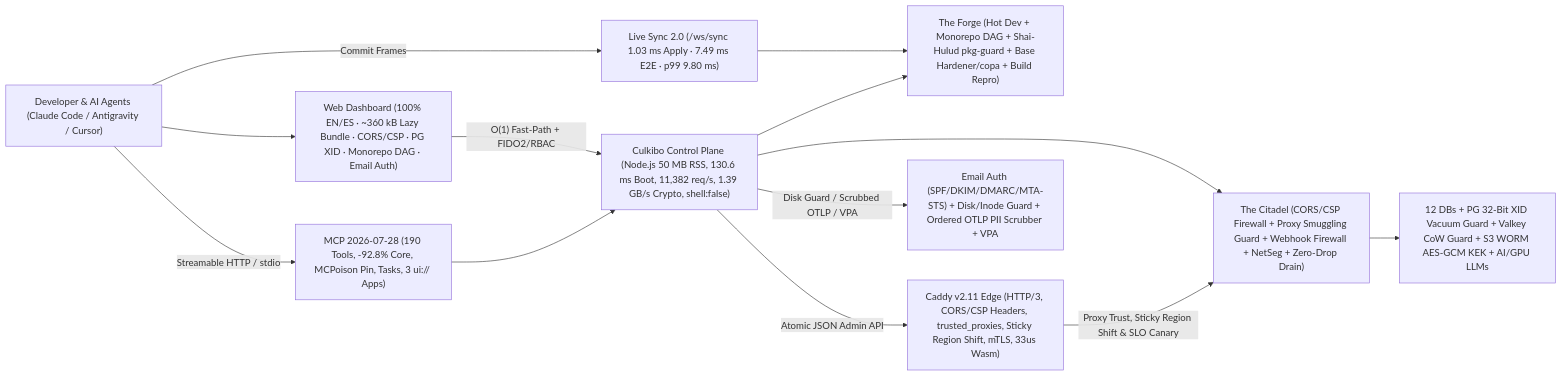
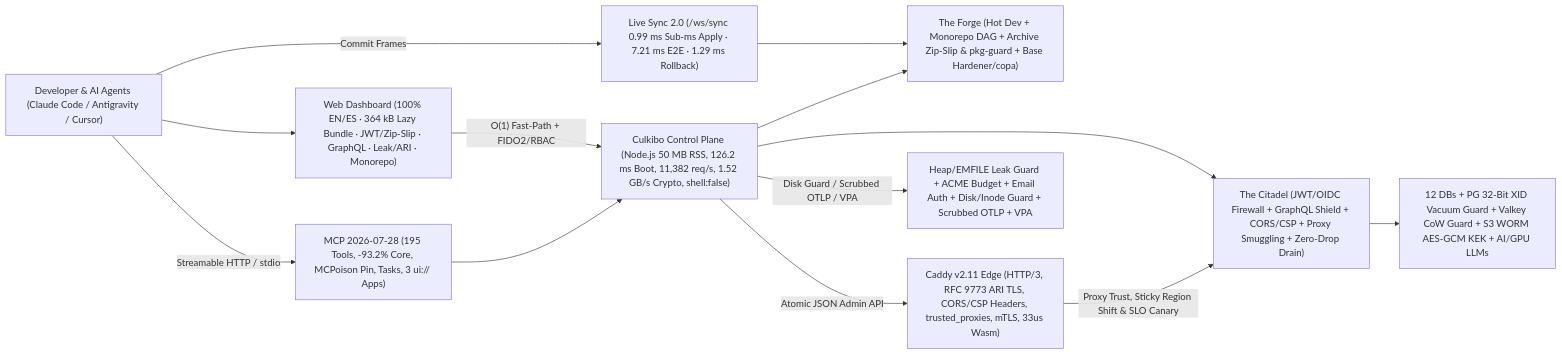
The diagram in README.md (macaqueboy/culkibo), drawn with Mermaid before and after one commit. The commit also changed other lines of this file and 27 other files, not shown here.

Commit message:
feat(cycle-22): 195 MCP Tools (-93.3% Core), 89 Suites, 14.7k writes/s JSON & 50 MB RAM across 136+ services — JWT/OIDC firewall, leak guard, GraphQL shield, ACME ARI/TLS & Zip-Slip guard

````diff
--- a/README.md
+++ b/README.md
@@ -196,26 +198,26 @@
 ```mermaid
 flowchart LR
     Dev["Developer & AI Agents (Claude Code / Antigravity / Cursor)"]
-    UI["Web Dashboard (100% EN/ES · ~360 kB Lazy Bundle · CORS/CSP · PG XID · Monorepo DAG · Email Auth)"]
-    MCP["MCP 2026-07-28 (190 Tools, -92.8% Core, MCPoison Pin, Tasks, 3 ui:// Apps)"]
-    Sync["Live Sync 2.0 (/ws/sync 1.03 ms Apply · 7.49 ms E2E · p99 9.80 ms)"]
-    CP["Culkibo Control Plane (Node.js 50 MB RSS, 130.6 ms Boot, 11,382 req/s, 1.39 GB/s Crypto, shell:false)"]
-    Forge["The Forge (Hot Dev + Monorepo DAG + Shai-Hulud pkg-guard + Base Hardener/copa + Build Repro)"]
-    Citadel["The Citadel (CORS/CSP Firewall + Proxy Smuggling Guard + Webhook Firewall + NetSeg + Zero-Drop Drain)"]
-    Caddy["Caddy v2.11 Edge (HTTP/3, CORS/CSP Headers, trusted_proxies, Sticky Region Shift, mTLS, 33us Wasm)"]
-    Obs["Email Auth (SPF/DKIM/DMARC/MTA-STS) + Disk/Inode Guard + Ordered OTLP PII Scrubber + VPA"]
+    UI["Web Dashboard (100% EN/ES · 364 kB Lazy Bundle · JWT/Zip-Slip · GraphQL · Leak/ARI · Monorepo)"]
+    MCP["MCP 2026-07-28 (195 Tools, -93.2% Core, MCPoison Pin, Tasks, 3 ui:// Apps)"]
+    Sync["Live Sync 2.0 (/ws/sync 0.99 ms Sub-ms Apply · 7.21 ms E2E · 1.29 ms Rollback)"]
+    CP["Culkibo Control Plane (Node.js 50 MB RSS, 126.2 ms Boot, 11,382 req/s, 1.52 GB/s Crypto, shell:false)"]
+    Forge["The Forge (Hot Dev + Monorepo DAG + Archive Zip-Slip & pkg-guard + Base Hardener/copa)"]
+    Citadel["The Citadel (JWT/OIDC Firewall + GraphQL Shield + CORS/CSP + Proxy Smuggling + Zero-Drop Drain)"]
+    Caddy["Caddy v2.11 Edge (HTTP/3, RFC 9773 ARI TLS, CORS/CSP Headers, trusted_proxies, mTLS, 33us Wasm)"]
+    Obs["Heap/EMFILE Leak Guard + ACME Budget + Email Auth + Disk/Inode Guard + Scrubbed OTLP + VPA"]
     Data["12 DBs + PG 32-Bit XID Vacuum Guard + Valkey CoW Guard + S3 WORM AES-GCM KEK + AI/GPU LLMs"]
 
     Dev -->|"Streamable HTTP / stdio"| MCP
     Dev -->|"Commit Frames"| Sync
     Dev --> UI
     UI -->|"O(1) Fast-Path + FIDO2/RBAC"| CP
     MCP --> CP
     Sync --> Forge
     CP --> Forge
     CP --> Citadel
     CP -->|"Atomic JSON Admin API"| Caddy
     CP -->|"Disk Guard / Scrubbed OTLP / VPA"| Obs
     Citadel --> Data
     Caddy -->|"Proxy Trust, Sticky Region Shift & SLO Canary"| Citadel
 ```
````
